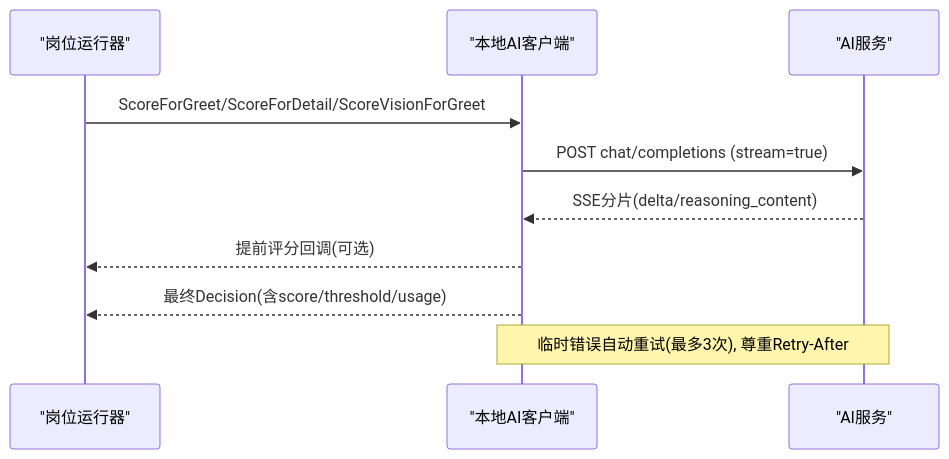
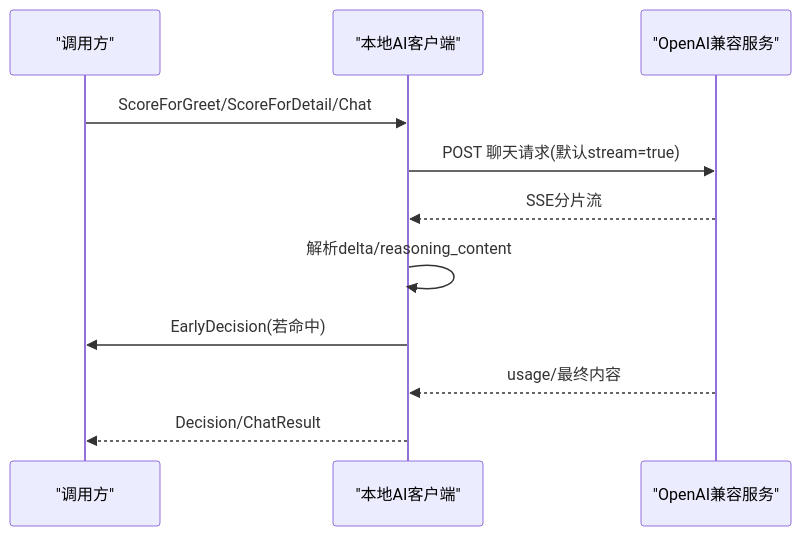
Before and after one commit to alvinwangzi/goodhr: the fourth of 6 diagrams in .qoder/repowiki/zh/content/系统架构/本地Agent架构/系统集成.md, drawn with Mermaid. The commit also changed other lines of this file and 149 other files, not shown here.

````diff
--- a/.qoder/repowiki/zh/content/系统架构/本地Agent架构/系统集成.md
+++ b/.qoder/repowiki/zh/content/系统架构/本地Agent架构/系统集成.md
@@ -189,12 +172,13 @@
 ```mermaid
 sequenceDiagram
-participant Runner as "岗位运行器"
+participant Caller as "调用方"
 participant AI as "本地AI客户端"
-participant S as "AI服务"
-Runner->>AI : ScoreForGreet/ScoreForDetail/ScoreVisionForGreet
-AI->>S : POST chat/completions (stream=true)
-S-->>AI : SSE分片(delta/reasoning_content)
-AI-->>Runner : 提前评分回调(可选)
-AI-->>Runner : 最终Decision(含score/threshold/usage)
-Note over AI,S : 临时错误自动重试(最多3次), 尊重Retry-After
+participant LLM as "OpenAI兼容服务"
+Caller->>AI : ScoreForGreet/ScoreForDetail/Chat
+AI->>LLM : POST 聊天请求(默认stream=true)
+LLM-->>AI : SSE分片流
+AI->>AI : 解析delta/reasoning_content
+AI->>Caller : EarlyDecision(若命中)
+LLM-->>AI : usage/最终内容
+AI-->>Caller : Decision/ChatResult
 ```
````
